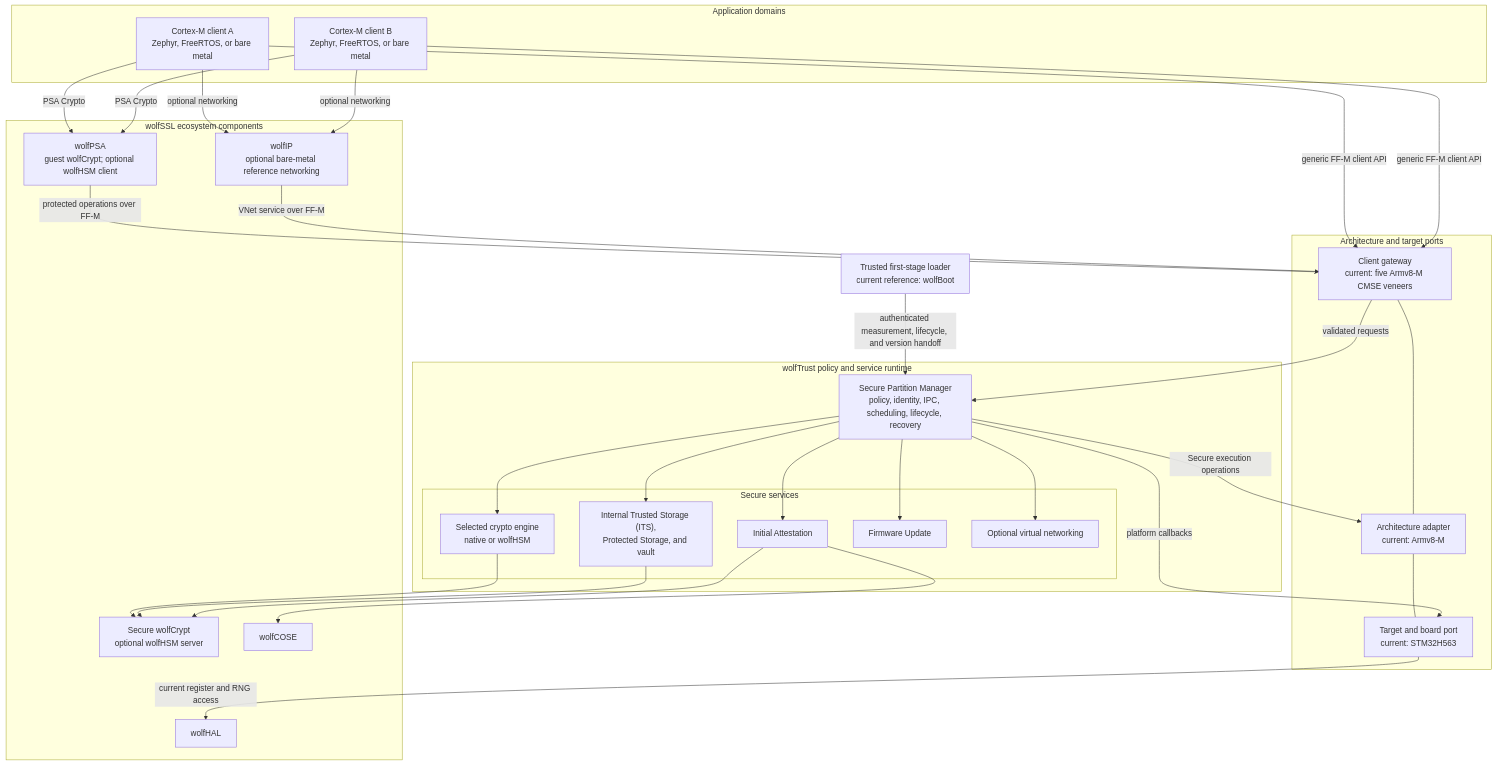
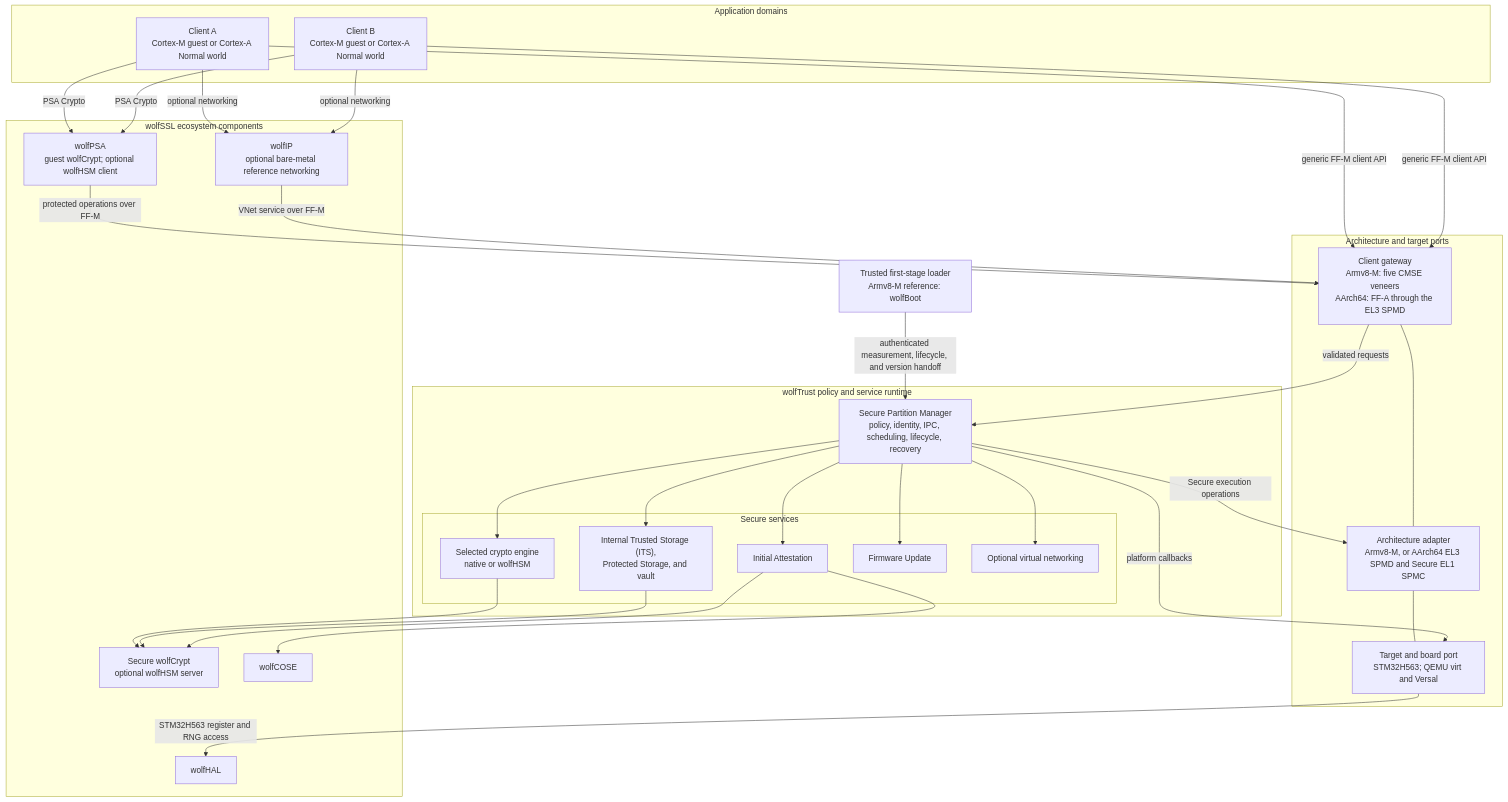
The diagram in docs/Home.md (wolfSSL/wolfTrust), drawn with Mermaid before and after one commit. The commit also changed other lines of this file and 10 other files, not shown here.

Commit message:
Document the AArch64 port across the public docs and the CI guide

````diff
--- a/docs/Home.md
+++ b/docs/Home.md
@@ -20,59 +29,59 @@
 ```mermaid
 flowchart TB
-    BOOT[Trusted first-stage loader<br/>current reference: wolfBoot]
+    BOOT[Trusted first-stage loader<br/>Armv8-M reference: wolfBoot]
 
     subgraph APP[Application domains]
-        GA[Cortex-M client A<br/>Zephyr, FreeRTOS, or bare metal]
-        GB[Cortex-M client B<br/>Zephyr, FreeRTOS, or bare metal]
+        GA[Client A<br/>Cortex-M guest or Cortex-A Normal world]
+        GB[Client B<br/>Cortex-M guest or Cortex-A Normal world]
     end
 
     subgraph PORT[Architecture and target ports]
-        GW[Client gateway<br/>current: five Armv8-M CMSE veneers]
-        ARCH[Architecture adapter<br/>current: Armv8-M]
-        TARGET[Target and board port<br/>current: STM32H563]
+        GW[Client gateway<br/>Armv8-M: five CMSE veneers<br/>AArch64: FF-A through the EL3 SPMD]
+        ARCH[Architecture adapter<br/>Armv8-M, or AArch64 EL3 SPMD and Secure EL1 SPMC]
+        TARGET[Target and board port<br/>STM32H563; QEMU virt and Versal]
         GW --- ARCH
         ARCH --- TARGET
     end
 
     subgraph WT[wolfTrust policy and service runtime]
         SPM[Secure Partition Manager<br/>policy, identity, IPC, scheduling, lifecycle, recovery]
         subgraph SP[Secure services]
             CR["Selected crypto engine<br/>native or wolfHSM"]
             ST["Internal Trusted Storage (ITS),<br/>Protected Storage, and vault"]
             AT[Initial Attestation]
             FW[Firmware Update]
             VN[Optional virtual networking]
         end
         SPM --> CR
         SPM --> ST
         SPM --> AT
         SPM --> FW
         SPM --> VN
     end
 
     subgraph LIBS[wolfSSL ecosystem components]
         PSA[wolfPSA<br/>guest wolfCrypt; optional wolfHSM client]
         WC[Secure wolfCrypt<br/>optional wolfHSM server]
         COSE[wolfCOSE]
         HAL[wolfHAL]
         IP[wolfIP<br/>optional bare-metal reference networking]
     end
 
     BOOT -->|authenticated measurement, lifecycle, and version handoff| SPM
     GA -->|generic FF-M client API| GW
     GB -->|generic FF-M client API| GW
     GA -->|PSA Crypto| PSA
     GB -->|PSA Crypto| PSA
     PSA -->|protected operations over FF-M| GW
     GA -->|optional networking| IP
     GB -->|optional networking| IP
     IP -->|VNet service over FF-M| GW
     GW -->|validated requests| SPM
     SPM -->|Secure execution operations| ARCH
     SPM -->|platform callbacks| TARGET
     CR --> WC
     ST --> WC
     AT --> COSE
     AT --> WC
-    TARGET -->|current register and RNG access| HAL
+    TARGET -->|STM32H563 register and RNG access| HAL
 ```
````
